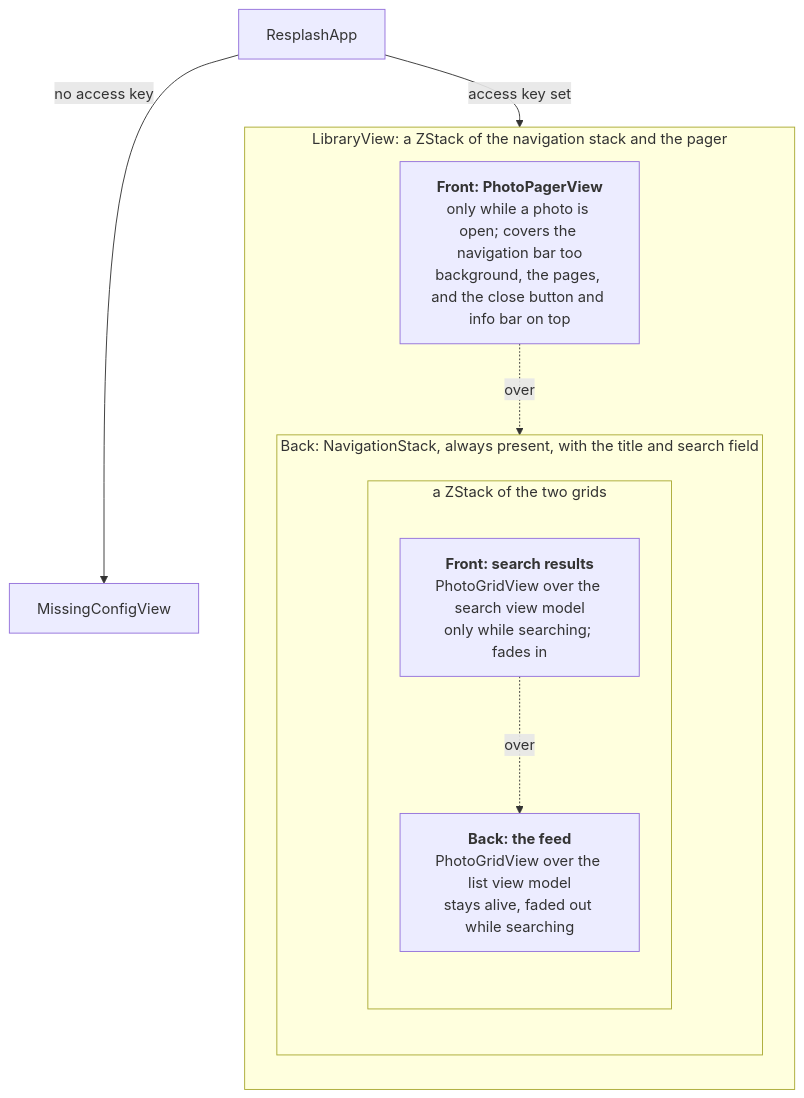
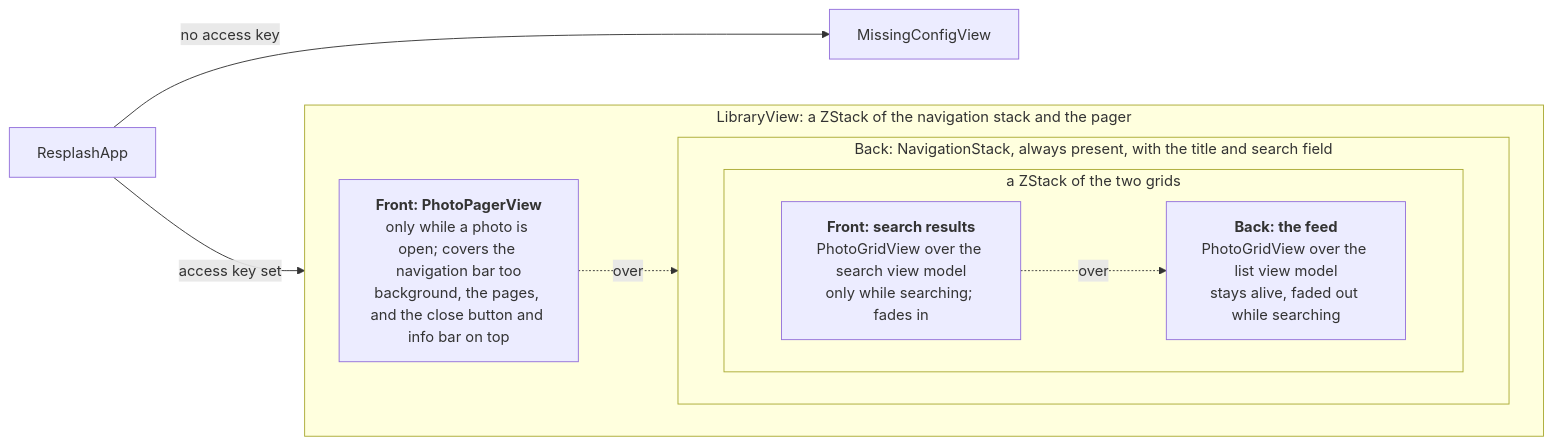
Before and after one commit to gdhardcastle/resplash: the second of 4 diagrams in README.md, drawn with Mermaid. The commit also changed other lines of this file, not shown here.

Commit message:
Lay the view hierarchy and image pipeline diagrams out horizontally

````diff
--- a/README.md
+++ b/README.md
@@ -55,23 +55,23 @@
 ```mermaid
-flowchart TB
+flowchart LR
     App["ResplashApp"] -->|"no access key"| Missing["MissingConfigView"]
     App -->|"access key set"| Stack
 
     subgraph Stack["LibraryView: a ZStack of the navigation stack and the pager"]
-        direction TB
+        direction LR
 
         Pager["<b>Front: PhotoPagerView</b><br/>only while a photo is open; covers the navigation bar too<br/>background, the pages, and the close button and info bar on top"]
 
         subgraph Nav["Back: NavigationStack, always present, with the title and search field"]
-            direction TB
+            direction LR
             subgraph Inner["a ZStack of the two grids"]
-                direction TB
+                direction LR
                 SearchGrid["<b>Front: search results</b><br/>PhotoGridView over the search view model<br/>only while searching; fades in"]
                 FeedGrid["<b>Back: the feed</b><br/>PhotoGridView over the list view model<br/>stays alive, faded out while searching"]
                 SearchGrid -.->|"over"| FeedGrid
             end
         end
 
         Pager -.->|"over"| Nav
     end
 ```
````
